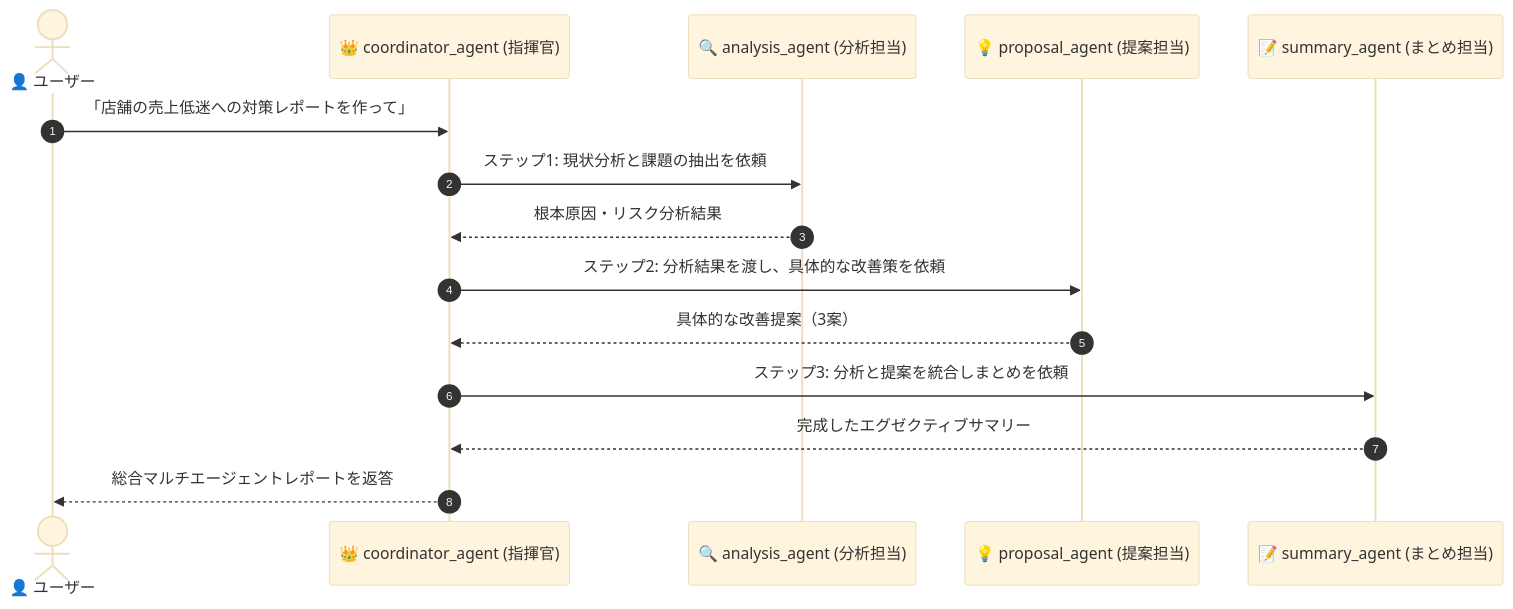
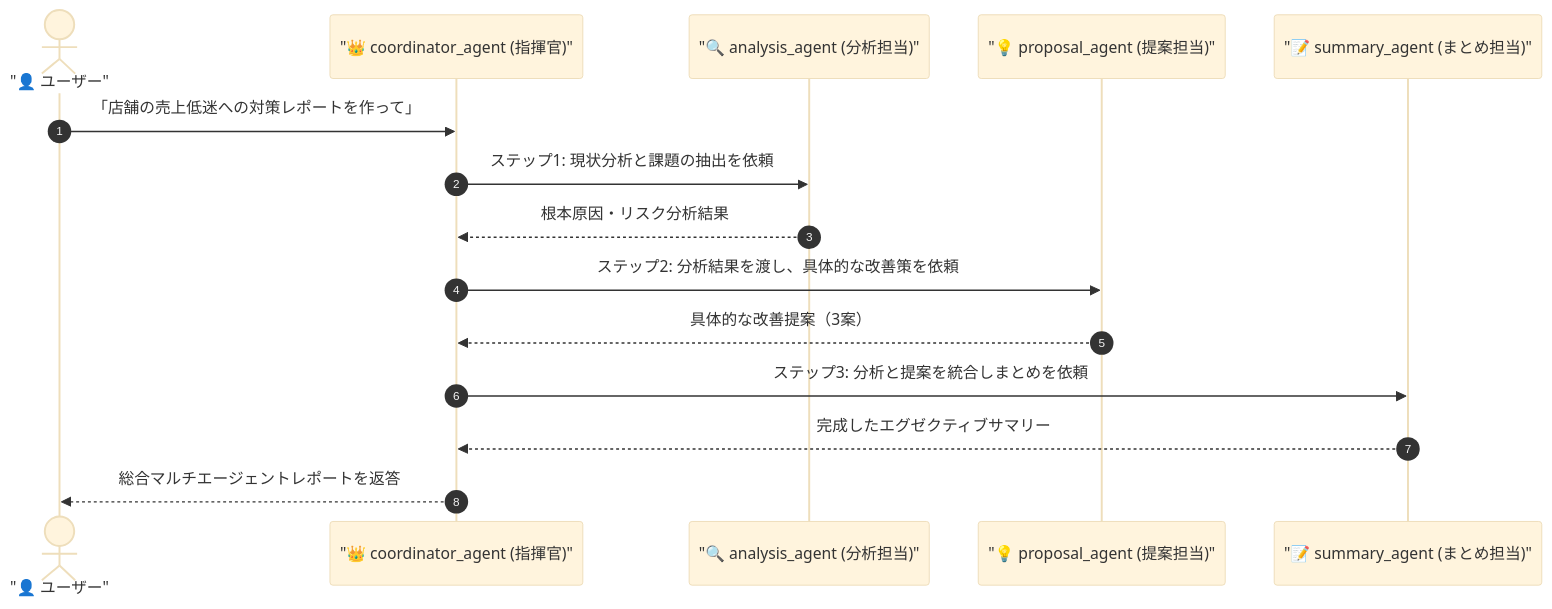
One commit to masatokg/multi-agent-ai-course-template changed the diagram in chapter07/ソースコード解説.md. Above: the diagram before and after it, drawn with Mermaid (base theme). The commit also changed 6 other files, not shown here.

Commit message:
Fix Mermaid diagram syntax in all ソースコード解説.md files for accurate rendering

````diff
--- a/chapter07/ソースコード解説.md
+++ b/chapter07/ソースコード解説.md
@@ -16,18 +16,18 @@
 ```mermaid
 sequenceDiagram
     autonumber
-    actor User as 👤 ユーザー
-    participant Root as 👑 coordinator_agent (指揮官)
-    participant Agent1 as 🔍 analysis_agent (分析担当)
-    participant Agent2 as 💡 proposal_agent (提案担当)
-    participant Agent3 as 📝 summary_agent (まとめ担当)
+    actor User as "👤 ユーザー"
+    participant Root as "👑 coordinator_agent (指揮官)"
+    participant Agent1 as "🔍 analysis_agent (分析担当)"
+    participant Agent2 as "💡 proposal_agent (提案担当)"
+    participant Agent3 as "📝 summary_agent (まとめ担当)"
 
     User->>Root: 「店舗の売上低迷への対策レポートを作って」
     Root->>Agent1: ステップ1: 現状分析と課題の抽出を依頼
     Agent1-->>Root: 根本原因・リスク分析結果
     Root->>Agent2: ステップ2: 分析結果を渡し、具体的な改善策を依頼
     Agent2-->>Root: 具体的な改善提案（3案）
     Root->>Agent3: ステップ3: 分析と提案を統合しまとめを依頼
     Agent3-->>Root: 完成したエグゼクティブサマリー
     Root-->>User: 総合マルチエージェントレポートを返答
 ```
````
